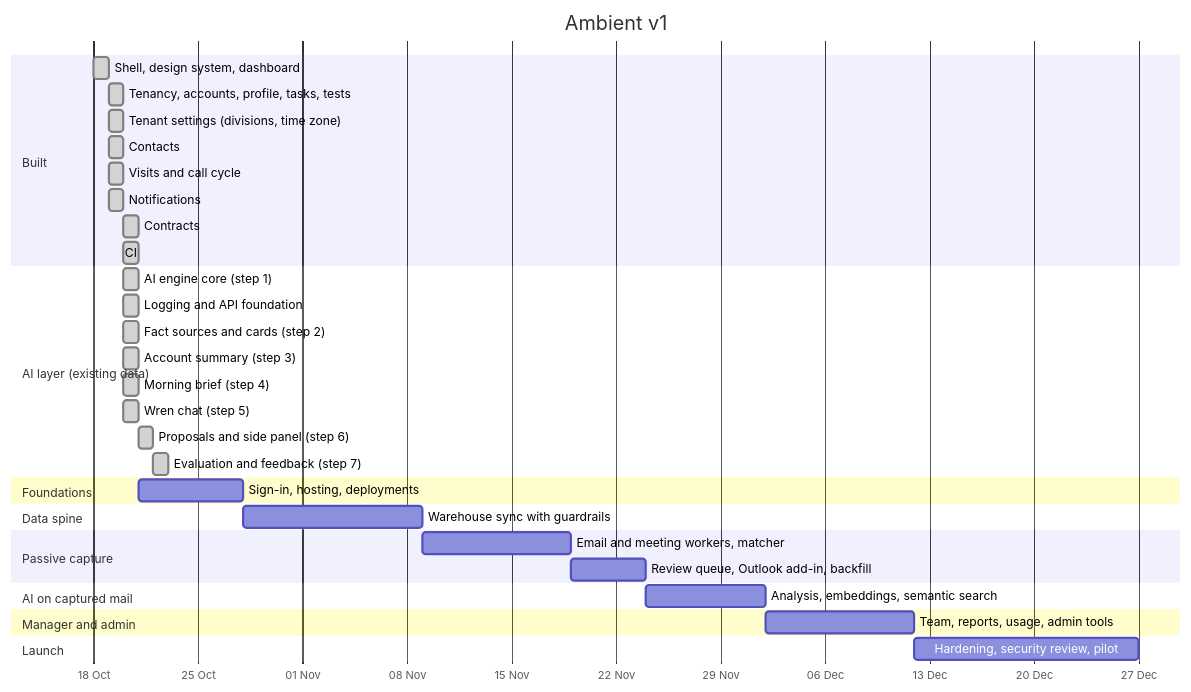
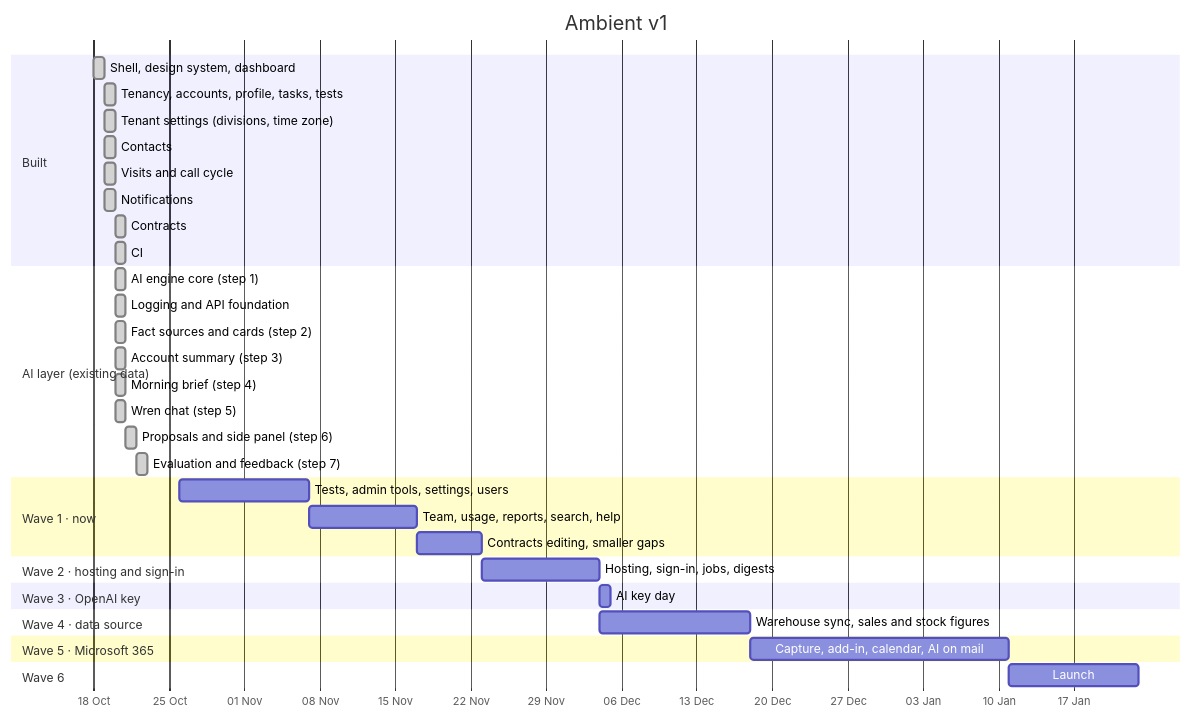
One commit to sonishivam1/ambient-crm changed the diagram in docs/product/roadmap.md. Above: the diagram before and after it, drawn with Mermaid. The commit also changed other lines of this file and 5 other files, not shown here.

````diff
--- a/docs/product/roadmap.md
+++ b/docs/product/roadmap.md
@@ -61,37 +59,38 @@
 ```mermaid
 gantt
   title Ambient v1
   dateFormat YYYY-MM-DD
   axisFormat %d %b
   section Built
   Shell, design system, dashboard          :done,   b1, 2026-10-18, 1d
   Tenancy, accounts, profile, tasks, tests :done,   b2, 2026-10-19, 1d
   Tenant settings (divisions, time zone)   :done,   b3, 2026-10-19, 1d
   Contacts                                 :done,   b4, 2026-10-19, 1d
   Visits and call cycle                    :done,   b5, 2026-10-19, 1d
   Notifications                            :done,   b6, 2026-10-19, 1d
   Contracts                                :done,   b7, 2026-10-20, 1d
   CI                                       :done,   b8, 2026-10-20, 1d
   section AI layer (existing data)
   AI engine core (step 1)                  :done,   a9, 2026-10-20, 1d
   Logging and API foundation               :done,   b9, 2026-10-20, 1d
   Fact sources and cards (step 2)          :done,   a0, 2026-10-20, 1d
   Account summary (step 3)                 :done,   a1, 2026-10-20, 1d
   Morning brief (step 4)                   :done,   a3, 2026-10-20, 1d
   Wren chat (step 5)                       :done,   a2, 2026-10-20, 1d
   Proposals and side panel (step 6)        :done,   a4, 2026-10-21, 1d
   Evaluation and feedback (step 7)         :done,   a5, 2026-10-22, 1d
-  section Foundations
-  Sign-in, hosting, deployments           :        f1, after a2, 7d
-  section Data spine
-  Warehouse sync with guardrails           :        d1, after f1, 12d
-  section Passive capture
-  Email and meeting workers, matcher       :        p1, after d1, 10d
-  Review queue, Outlook add-in, backfill   :        p2, after p1, 5d
-  section AI on captured mail
-  Analysis, embeddings, semantic search    :        a3, after p2, 8d
-  section Manager and admin
-  Team, reports, usage, admin tools        :        m1, after a3, 10d
-  section Launch
-  Hardening, security review, pilot        :        l1, after m1, 15d
+  section Wave 1 · now
+  Tests, admin tools, settings, users      :w1a, 2026-10-26, 12d
+  Team, usage, reports, search, help       :w1b, after w1a, 10d
+  Contracts editing, smaller gaps          :w1c, after w1b, 6d
+  section Wave 2 · hosting and sign-in
+  Hosting, sign-in, jobs, digests          :w2,  after w1c, 11d
+  section Wave 3 · OpenAI key
+  AI key day                               :w3,  after w2, 1d
+  section Wave 4 · data source
+  Warehouse sync, sales and stock figures  :w4,  after w2, 14d
+  section Wave 5 · Microsoft 365
+  Capture, add-in, calendar, AI on mail    :w5,  after w4, 24d
+  section Wave 6
+  Launch                                   :w6,  after w5, 12d
 ```
````
